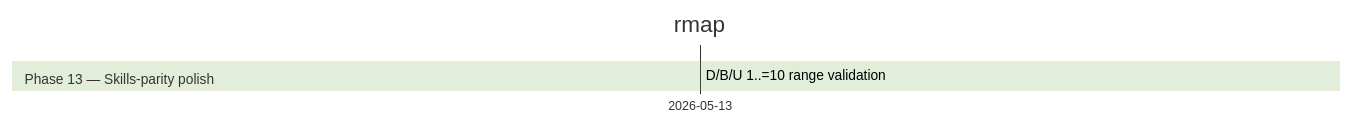
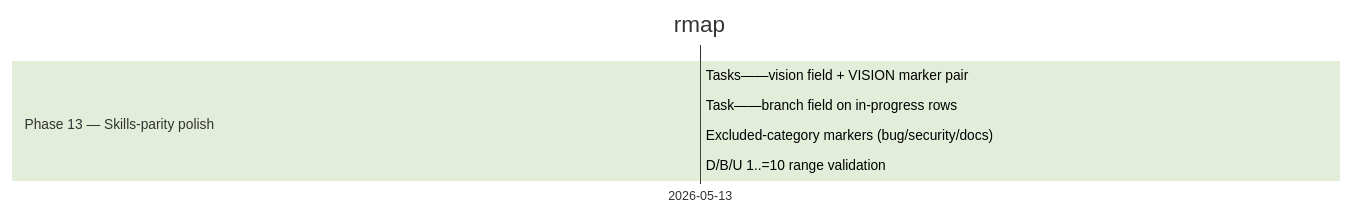
Before and after one commit to ZenHive/rmap: the diagram in ROADMAP.md, drawn with Mermaid (forest theme). The commit also changed other lines of this file and 30 other files, not shown here.

Commit message:
phase 13d/e/f: schema_parity batch — Tasks::vision + Task::branch + category markers

````diff
--- a/ROADMAP.md
+++ b/ROADMAP.md
@@ -18,7 +18,10 @@
 ```mermaid
 gantt
     title rmap
     dateFormat YYYY-MM-DD
     section Phase 13 — Skills-parity polish
+    Tasks——vision field + VISION marker pair :done, 2026-05-13, 2026-05-13
+    Task——branch field on in-progress rows :done, 2026-05-13, 2026-05-13
+    Excluded-category markers (bug/security/docs) :done, 2026-05-13, 2026-05-13
     D/B/U 1..=10 range validation :done, 2026-05-13, 2026-05-13
 ```
````
